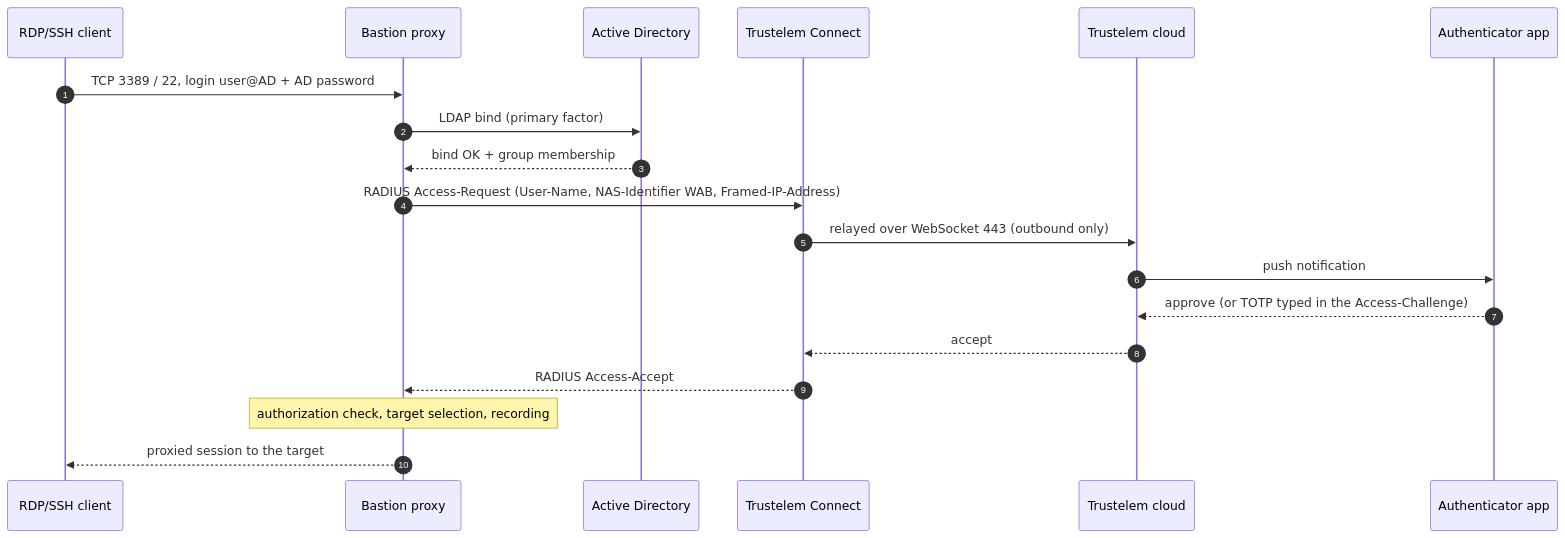
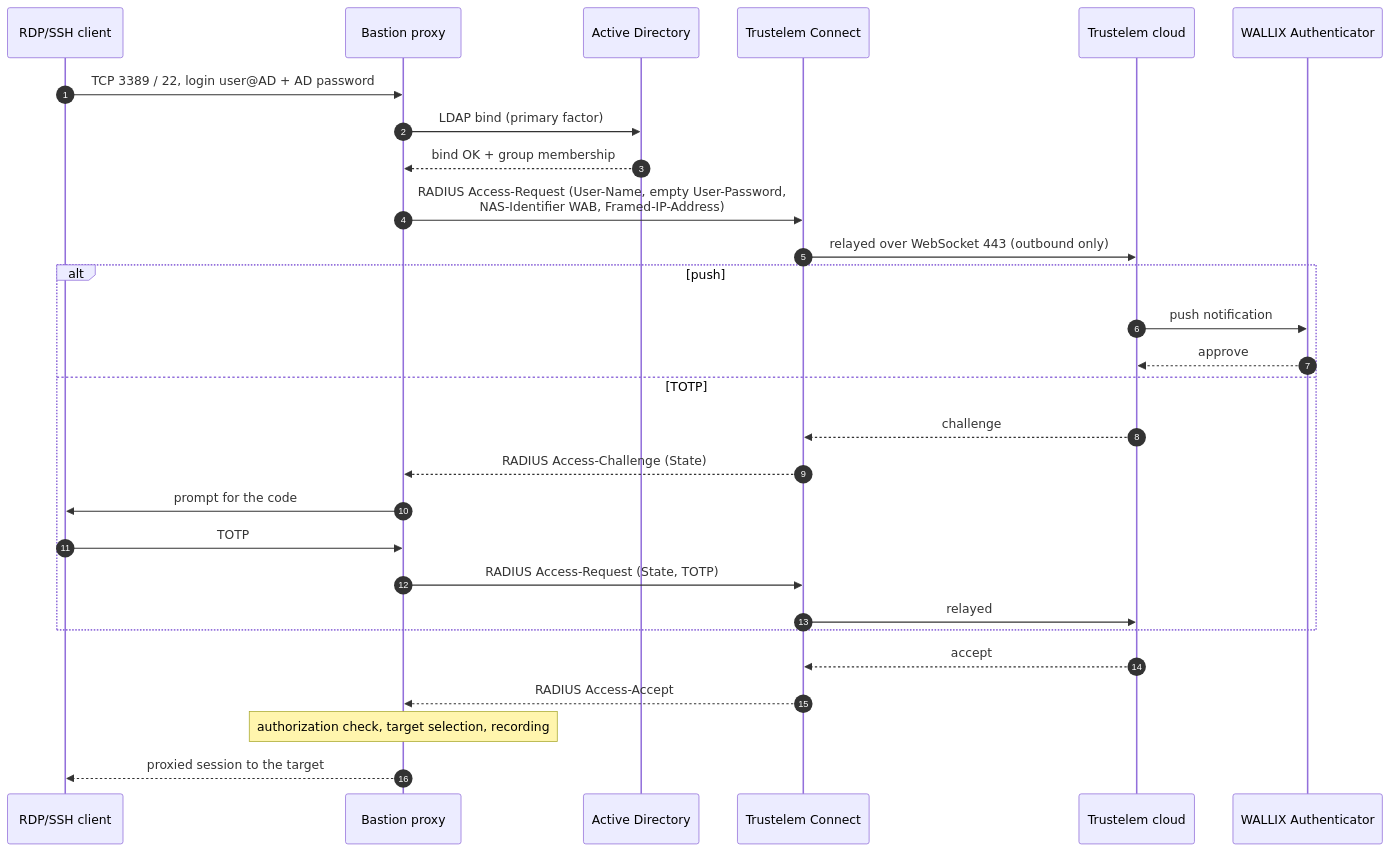
One commit to morandeirachema/Trustelem- changed the diagram in tools/diagrams/06-native-radius-sequence.mmd. Above: the diagram before and after it, drawn with Mermaid. The commit also changed 19 other files, not shown here.

Commit message:
Audit pass 2: diagrams synced with text, AM RADIUS listener 2812, Authentication domain name rule, gap B7

```diff
--- a/tools/diagrams/06-native-radius-sequence.mmd
+++ b/tools/diagrams/06-native-radius-sequence.mmd
@@ -1,19 +1,28 @@
 sequenceDiagram
     autonumber
     participant C as RDP/SSH client
     participant B as Bastion proxy
     participant AD as Active Directory
     participant TC as Trustelem Connect
     participant T as Trustelem cloud
-    participant A as Authenticator app
+    participant A as WALLIX Authenticator
     C->>B: TCP 3389 / 22, login user@AD + AD password
     B->>AD: LDAP bind (primary factor)
     AD-->>B: bind OK + group membership
-    B->>TC: RADIUS Access-Request (User-Name, NAS-Identifier WAB, Framed-IP-Address)
+    B->>TC: RADIUS Access-Request (User-Name, empty User-Password,<br/>NAS-Identifier WAB, Framed-IP-Address)
     TC->>T: relayed over WebSocket 443 (outbound only)
-    T->>A: push notification
-    A-->>T: approve (or TOTP typed in the Access-Challenge)
+    alt push
+        T->>A: push notification
+        A-->>T: approve
+    else TOTP
+        T-->>TC: challenge
+        TC-->>B: RADIUS Access-Challenge (State)
+        B->>C: prompt for the code
+        C->>B: TOTP
+        B->>TC: RADIUS Access-Request (State, TOTP)
+        TC->>T: relayed
+    end
     T-->>TC: accept
     TC-->>B: RADIUS Access-Accept
     Note over B: authorization check, target selection, recording
     B-->>C: proxied session to the target
```
